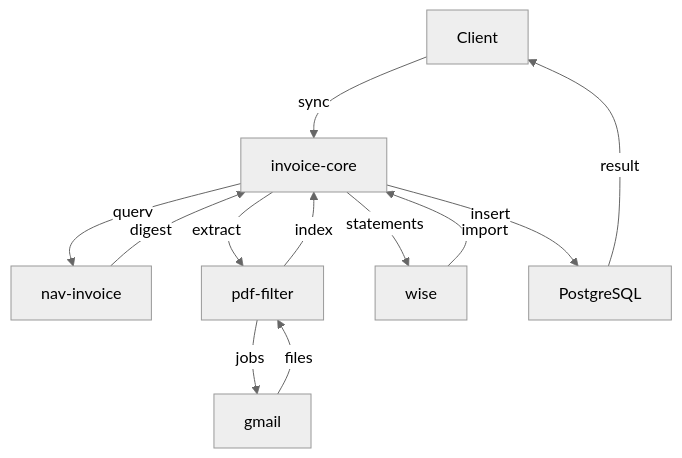
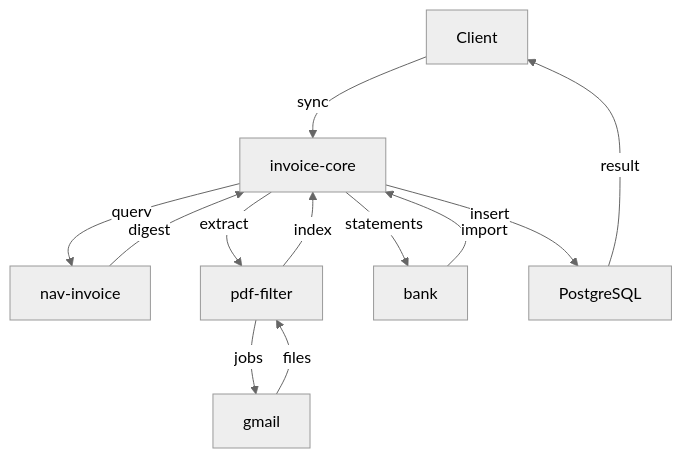
One commit to graphtrek/tiro changed the diagram in moneypenny/invoice-core-spec.md. Above: the diagram before and after it, drawn with Mermaid (neutral theme). The commit also changed other lines of this file and 40 other files, not shown here.

Commit message:
Refactor transaction handling: Replace Wise transactions with Bank transactions

````diff
--- a/moneypenny/invoice-core-spec.md
+++ b/moneypenny/invoice-core-spec.md
@@ -146,14 +160,14 @@
 ```mermaid
 flowchart TD
     C[Client] -->|sync| SD[invoice-core]
     SD -->|query| NAV[nav-invoice]
     NAV -->|digest| SD
     SD -->|extract| IFF[pdf-filter]
     IFF -->|jobs| AD[gmail]
     AD -->|files| IFF
     IFF -->|index| SD
-    SD -->|statements| W[wise]
-    W -->|import| SD
+    SD -->|statements| B[bank]
+    B -->|import| SD
     SD -->|insert| DB[PostgreSQL]
     DB -->|result| C
 ```
````
